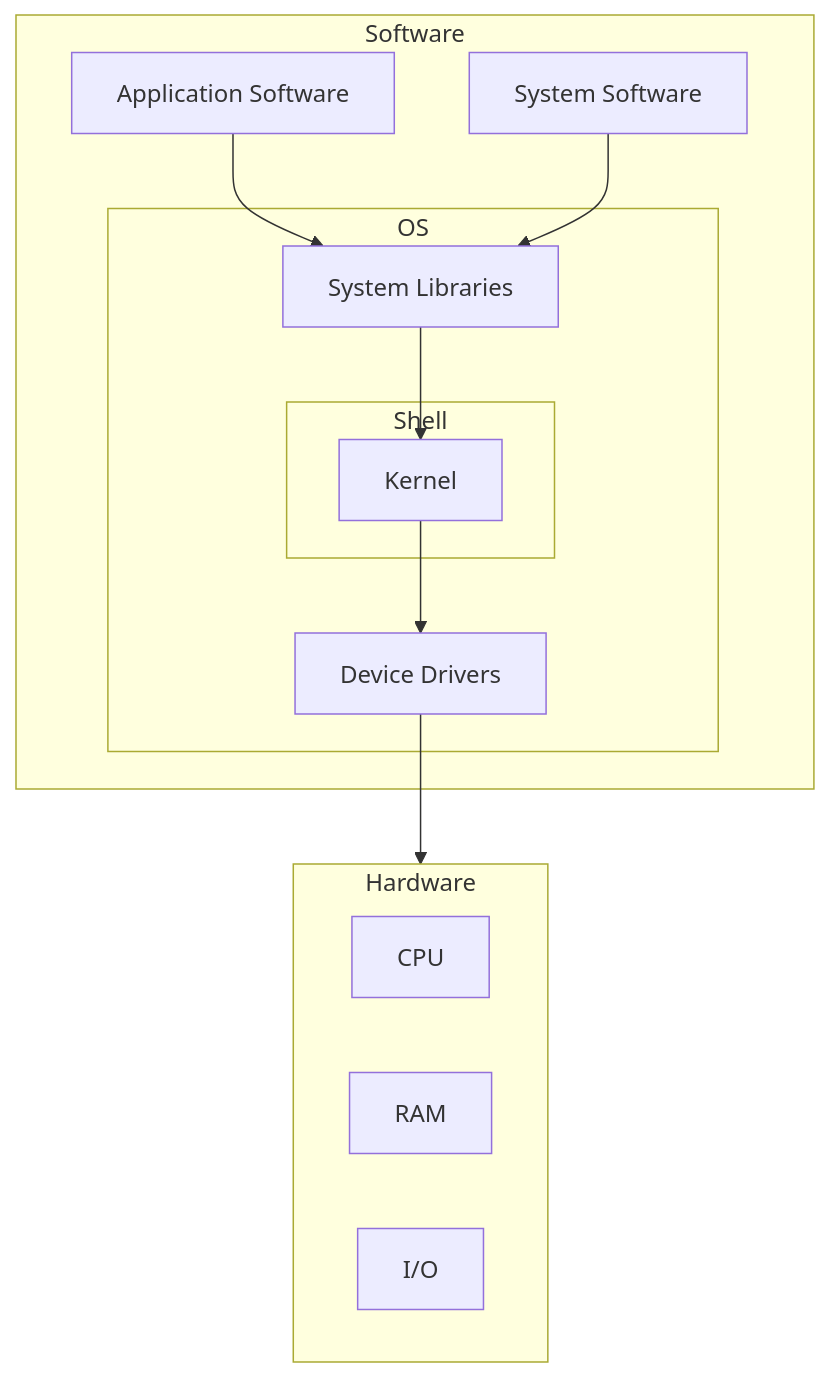
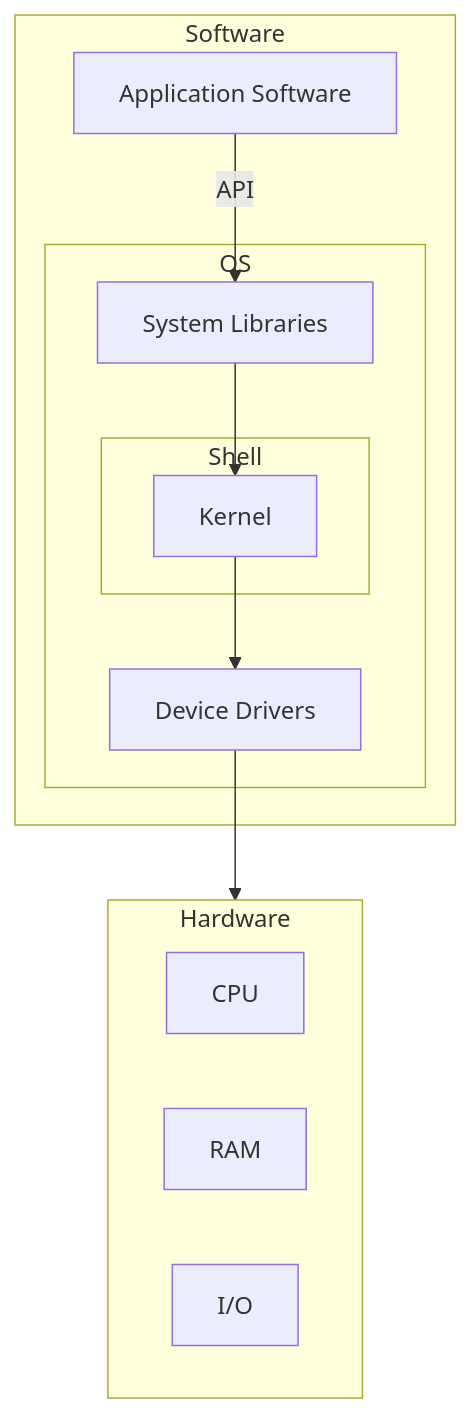
The diagram in Bash/OS.md (DarvidTorres/mydocs), drawn with Mermaid before and after one commit. The commit also changed other lines of this file and 2 other files, not shown here.

````diff
--- a/Bash/OS.md
+++ b/Bash/OS.md
@@ -6,21 +6,20 @@
 ```mermaid
 %% Interaction bewteen the OS, an application and hardware
 flowchart TD
 	subgraph Software
-	A1[Application Software] --> B[System Libraries]
-	A2[System Software] --> B[System Libraries]
+	A[Application Software] -- API --> B[System Libraries]
     subgraph OS
     subgraph Shell
     C[Kernel]
     end
     B --> C
     C --> D[Device Drivers]
     end
 	end
 	subgraph Hardware
 	E[CPU]
 	F[RAM]
 	I/O
 	end
 	D --> Hardware
 ```
````
